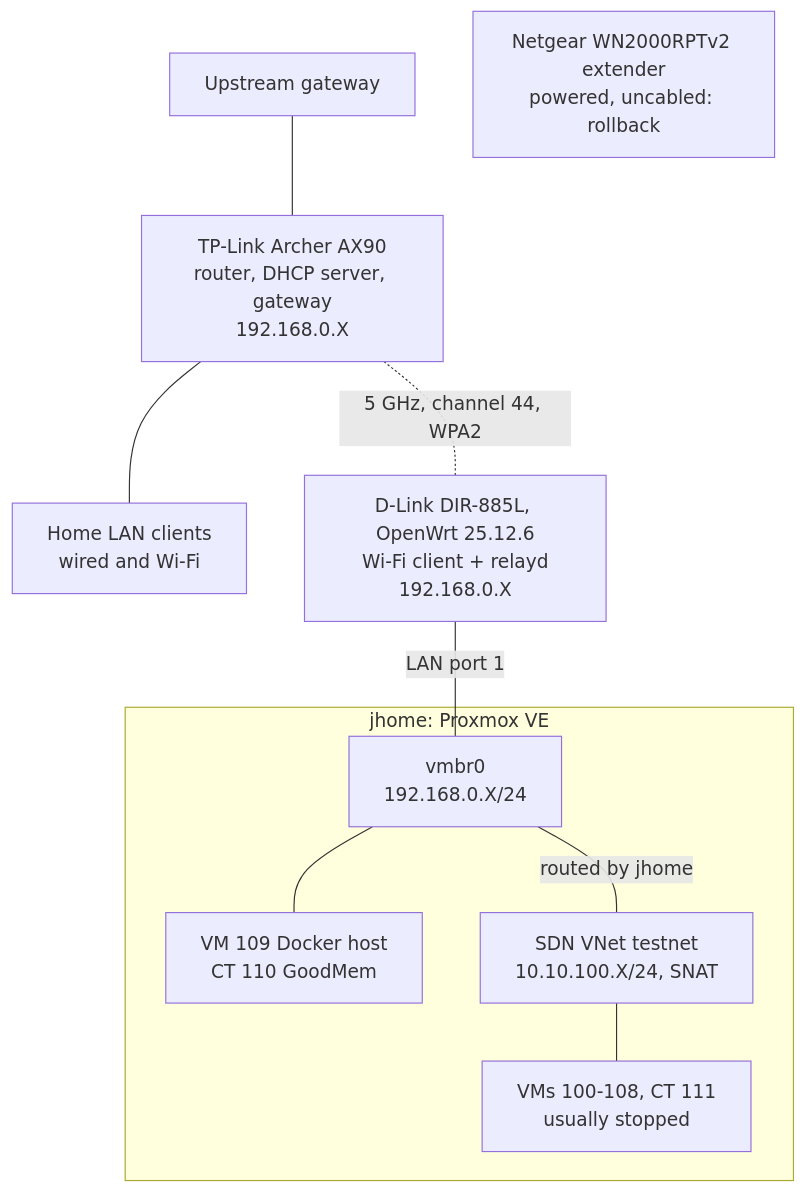
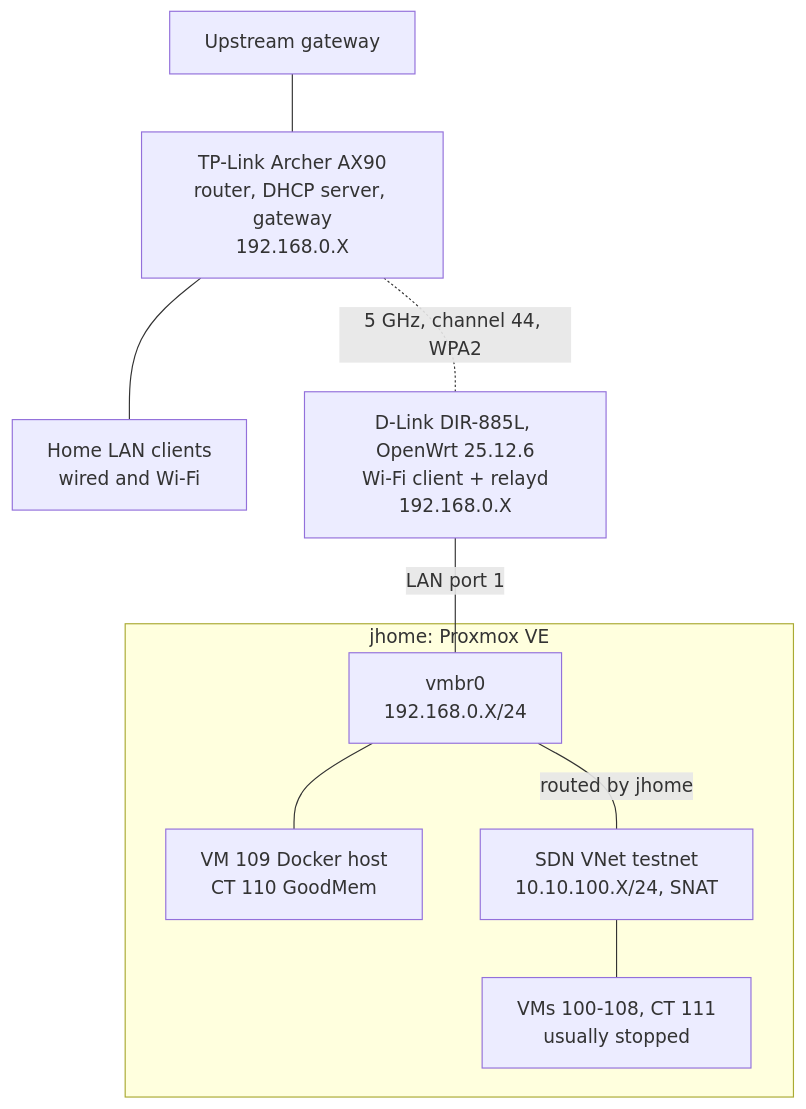
One commit to jkosber/JHomelab changed the diagram in docs/topology.md. Above: the diagram before and after it, drawn with Mermaid. The commit also changed other lines of this file and 2 other files, not shown here.

Commit message:
Extender retired after the soak

````diff
--- a/docs/topology.md
+++ b/docs/topology.md
@@ -9,23 +9,22 @@
 ```mermaid
 flowchart TB
     upstream["Upstream gateway"]
     router["TP-Link Archer AX90<br/>router, DHCP server, gateway<br/>192.168.0.X"]
     homelan["Home LAN clients<br/>wired and Wi-Fi"]
     bridge["D-Link DIR-885L, OpenWrt 25.12.6<br/>Wi-Fi client + relayd<br/>192.168.0.X"]
-    extender["Netgear WN2000RPTv2 extender<br/>powered, uncabled: rollback"]
 
     subgraph jhome["jhome: Proxmox VE"]
         vmbr0["vmbr0<br/>192.168.0.X/24"]
         svc["VM 109 Docker host<br/>CT 110 GoodMem"]
         testnet["SDN VNet testnet<br/>10.10.100.X/24, SNAT"]
         labvms["VMs 100-108, CT 111<br/>usually stopped"]
     end
 
     upstream --- router
     router --- homelan
     router -.-|"5 GHz, channel 44, WPA2"| bridge
     bridge ---|"LAN port 1"| vmbr0
     vmbr0 --- svc
     vmbr0 ---|"routed by jhome"| testnet
     testnet --- labvms
 ```
````
